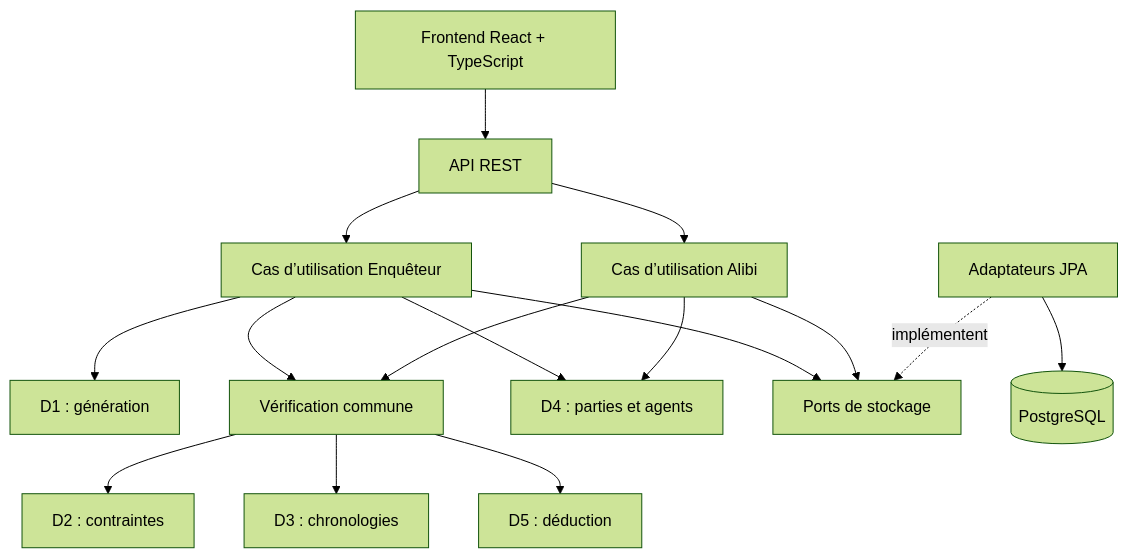
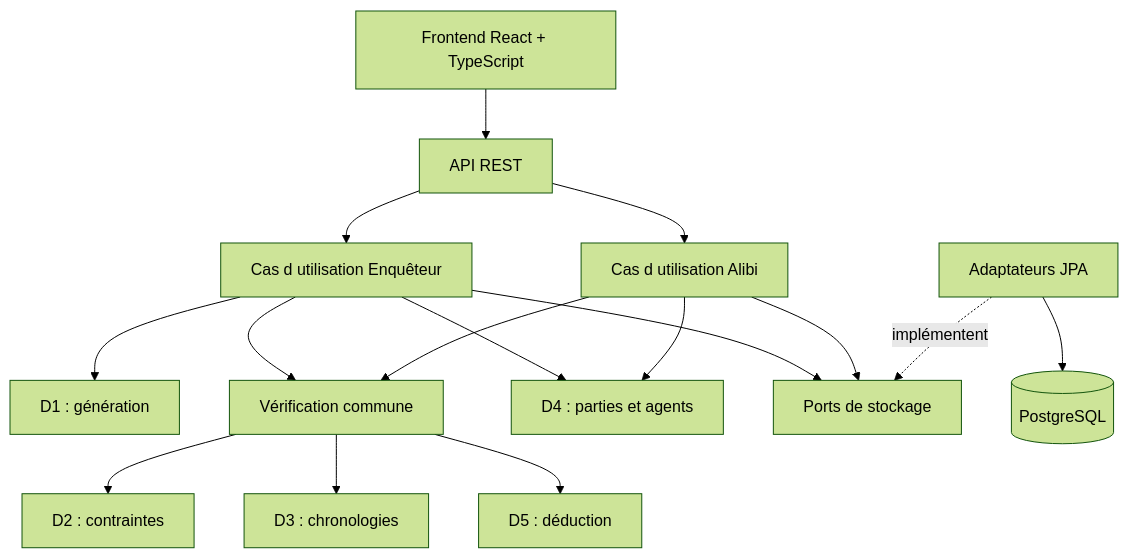
One commit to salahbekkaripro/MINDCRIME changed the diagram in doc/ARCHITECTURE.md. Above: the diagram before and after it, drawn with Mermaid (forest theme).

Commit message:
Modification-R2-D3

````diff
--- a/doc/ARCHITECTURE.md
+++ b/doc/ARCHITECTURE.md
@@ -53,18 +53,18 @@
 ```mermaid
 flowchart TD
     UI[Frontend React + TypeScript] --> API[API REST]
-    API --> E[Cas d’utilisation Enquêteur]
-    API --> A[Cas d’utilisation Alibi]
+    API --> E[Cas d utilisation Enquêteur]
+    API --> A[Cas d utilisation Alibi]
     E --> G[D1 : génération]
     E --> V[Vérification commune]
     A --> V
     E --> P[D4 : parties et agents]
     A --> P
     V --> C[D2 : contraintes]
     V --> T[D3 : chronologies]
     V --> D[D5 : déduction]
     E --> S[Ports de stockage]
     A --> S
     J[Adaptateurs JPA] -. implémentent .-> S
     J --> BD[(PostgreSQL)]
 ```
````
